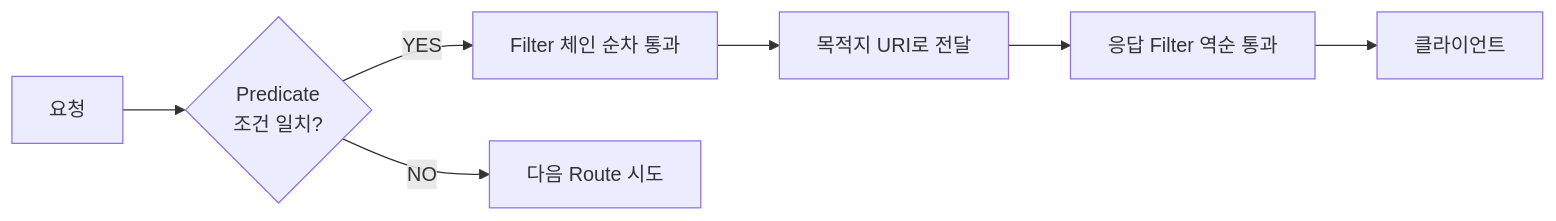
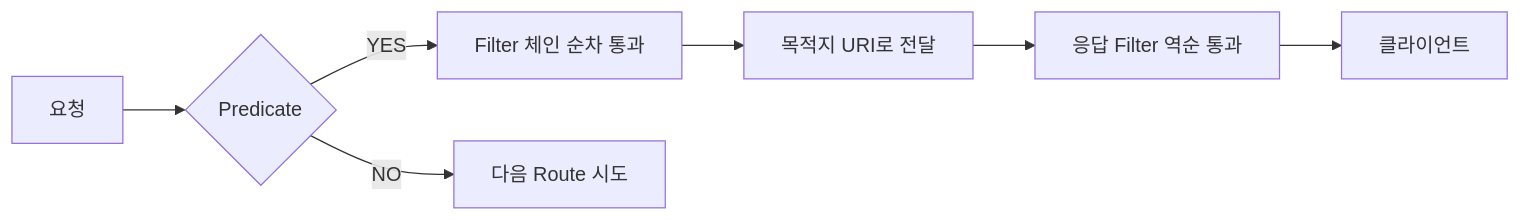
The second of 3 diagrams in _posts/spring/2026-05-01-spring-cloud-gateway.md (yjkim2015/yjkim2015.github.io), drawn with Mermaid before and after one commit. The commit also changed other lines of this file and 217 other files, not shown here.

First line of the commit message:
Mermaid 크기 수정: useMaxWidth:true + SVG max-width:100% + 라벨 축소

````diff
--- a/_posts/spring/2026-05-01-spring-cloud-gateway.md
+++ b/_posts/spring/2026-05-01-spring-cloud-gateway.md
@@ -62,9 +62,9 @@
 ```mermaid
 graph LR
-    REQ["요청"] --> P{"Predicate\n조건 일치?"}
+    REQ["요청"] --> P{"Predicate"}
     P -->|"YES"| F["Filter 체인 순차 통과"]
     P -->|"NO"| NEXT["다음 Route 시도"]
     F --> URI["목적지 URI로 전달"]
     URI --> RESP["응답 Filter 역순 통과"]
     RESP --> C["클라이언트"]
 ```
````
